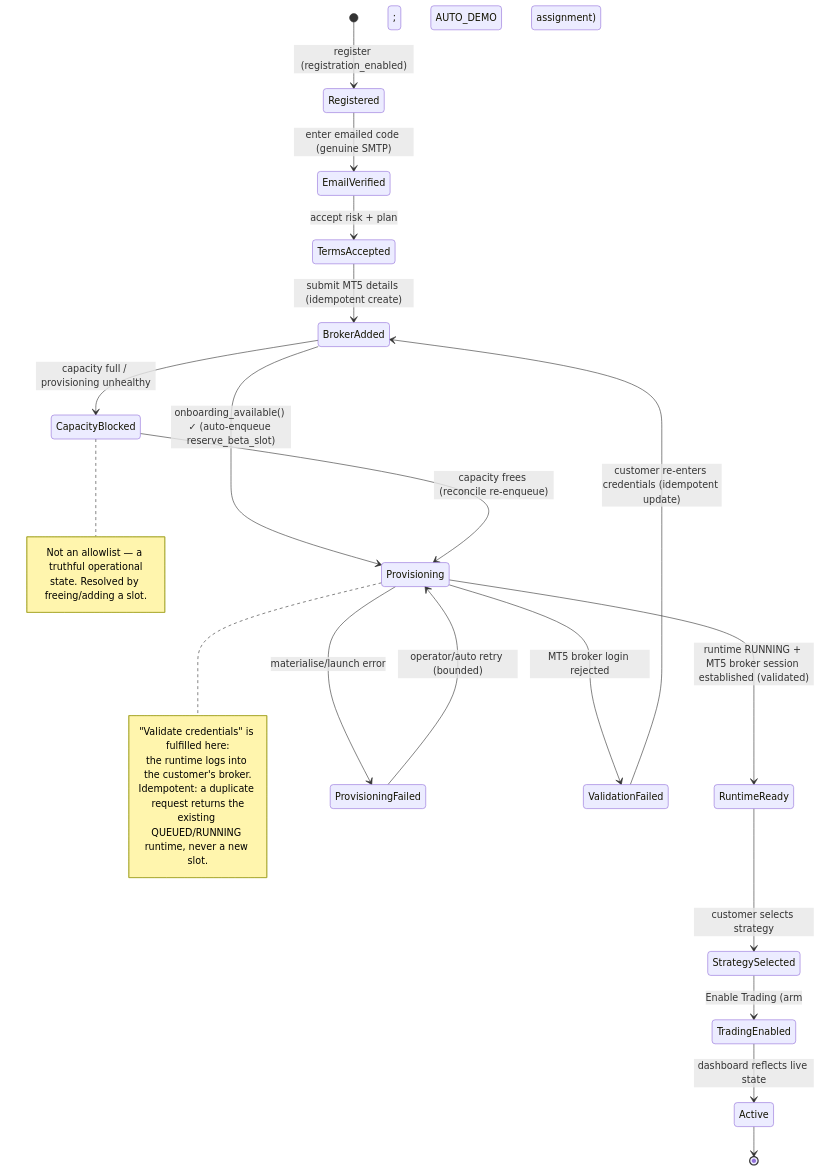
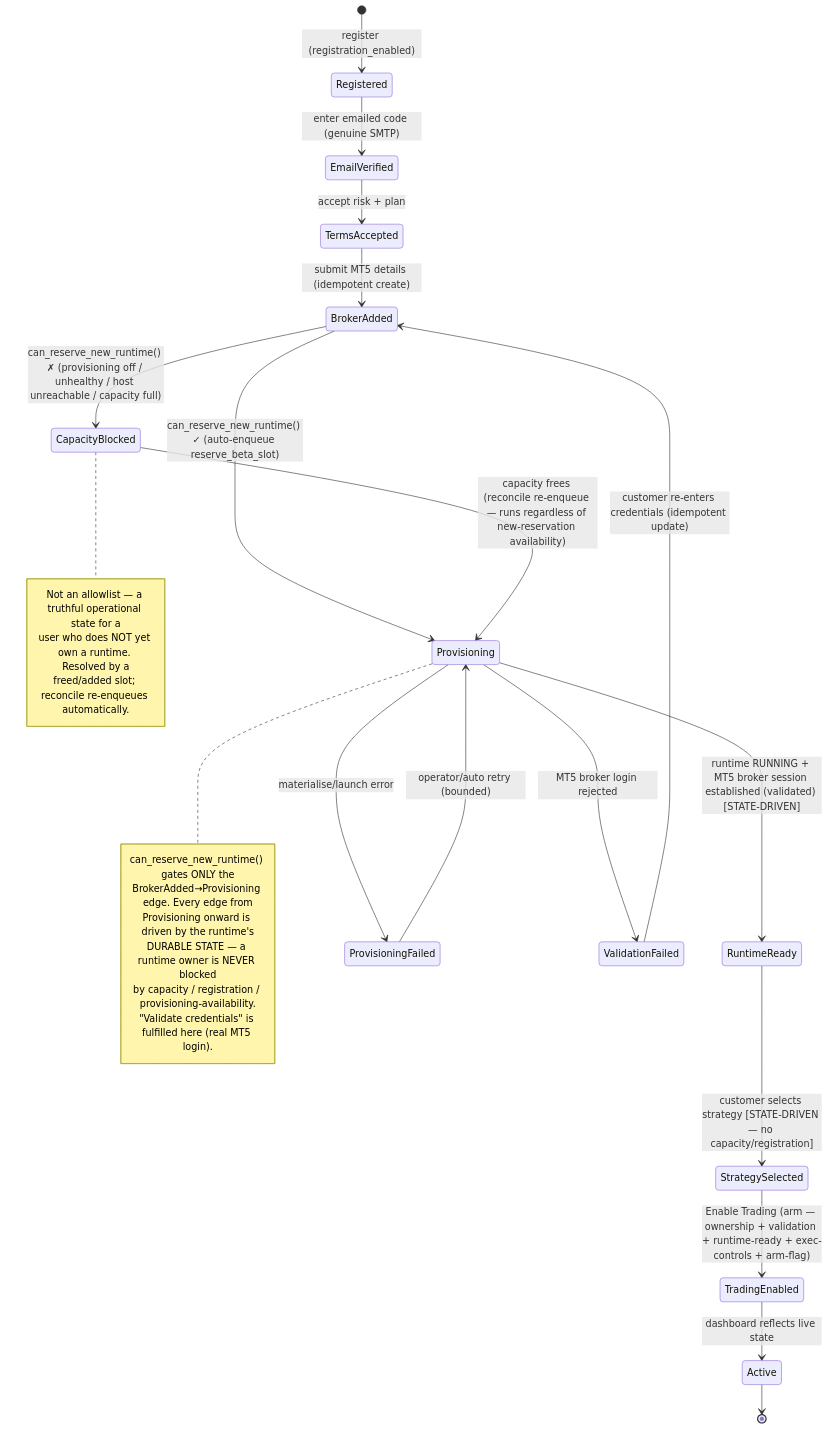
Before and after one commit to nunoamaral-hue/GuvFX: the diagram in docs/ADRs/0021-permanent-dedicated-runtime-onboarding.md, drawn with Mermaid. The commit also changed other lines of this file and 3 other files, not shown here.

First line of the commit message:
fix(onboarding): ADR-0021 correction — stage-specific operational predicates (no universal gate)

````diff
--- a/docs/ADRs/0021-permanent-dedicated-runtime-onboarding.md
+++ b/docs/ADRs/0021-permanent-dedicated-runtime-onboarding.md
@@ -50,35 +52,38 @@
 ```mermaid
 stateDiagram-v2
     [*] --> Registered: register (registration_enabled)
     Registered --> EmailVerified: enter emailed code (genuine SMTP)
     EmailVerified --> TermsAccepted: accept risk + plan
     TermsAccepted --> BrokerAdded: submit MT5 details (idempotent create)
 
-    BrokerAdded --> Provisioning: onboarding_available() ✓ (auto-enqueue reserve_beta_slot)
-    BrokerAdded --> CapacityBlocked: capacity full / provisioning unhealthy
+    BrokerAdded --> Provisioning: can_reserve_new_runtime() ✓ (auto-enqueue reserve_beta_slot)
+    BrokerAdded --> CapacityBlocked: can_reserve_new_runtime() ✗ (provisioning off / unhealthy / host unreachable / capacity full)
 
-    CapacityBlocked --> Provisioning: capacity frees (reconcile re-enqueue)
+    CapacityBlocked --> Provisioning: capacity frees (reconcile re-enqueue — runs regardless of new-reservation availability)
 
-    Provisioning --> RuntimeReady: runtime RUNNING + MT5 broker session established (validated)
+    Provisioning --> RuntimeReady: runtime RUNNING + MT5 broker session established (validated) [STATE-DRIVEN]
     Provisioning --> ProvisioningFailed: materialise/launch error
     Provisioning --> ValidationFailed: MT5 broker login rejected
 
     ValidationFailed --> BrokerAdded: customer re-enters credentials (idempotent update)
     ProvisioningFailed --> Provisioning: operator/auto retry (bounded)
 
-    RuntimeReady --> StrategySelected: customer selects strategy
-    StrategySelected --> TradingEnabled: Enable Trading (arm; AUTO_DEMO assignment)
+    RuntimeReady --> StrategySelected: customer selects strategy [STATE-DRIVEN — no capacity/registration]
+    StrategySelected --> TradingEnabled: Enable Trading (arm — ownership + validation + runtime-ready + exec-controls + arm-flag)
     TradingEnabled --> Active: dashboard reflects live state
     Active --> [*]
 
     note right of Provisioning
-      "Validate credentials" is fulfilled here:
-      the runtime logs into the customer's broker.
-      Idempotent: a duplicate request returns the
-      existing QUEUED/RUNNING runtime, never a new slot.
+      can_reserve_new_runtime() gates ONLY the
+      BrokerAdded→Provisioning edge. Every edge from
+      Provisioning onward is driven by the runtime's
+      DURABLE STATE — a runtime owner is NEVER blocked
+      by capacity / registration / provisioning-availability.
+      "Validate credentials" is fulfilled here (real MT5 login).
     end note
     note right of CapacityBlocked
-      Not an allowlist — a truthful operational
-      state. Resolved by freeing/adding a slot.
+      Not an allowlist — a truthful operational state for a
+      user who does NOT yet own a runtime. Resolved by a
+      freed/added slot; reconcile re-enqueues automatically.
     end note
 ```
````
